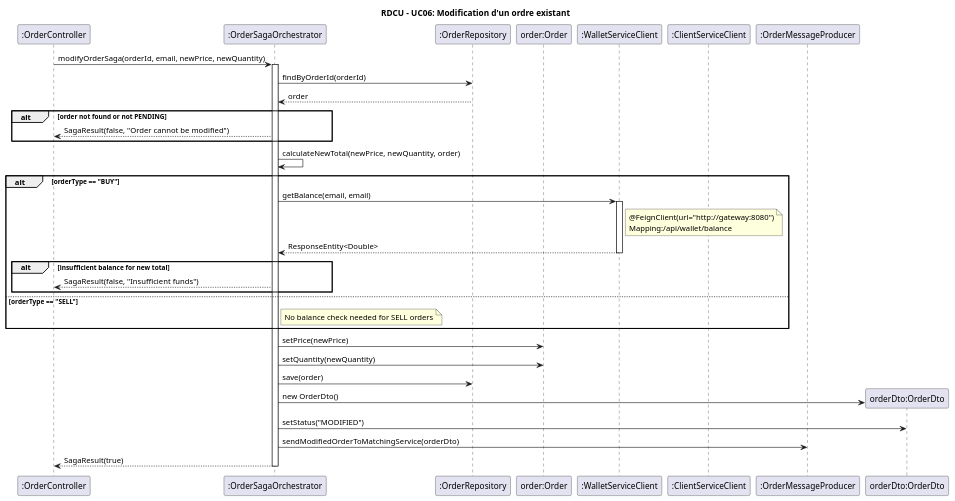
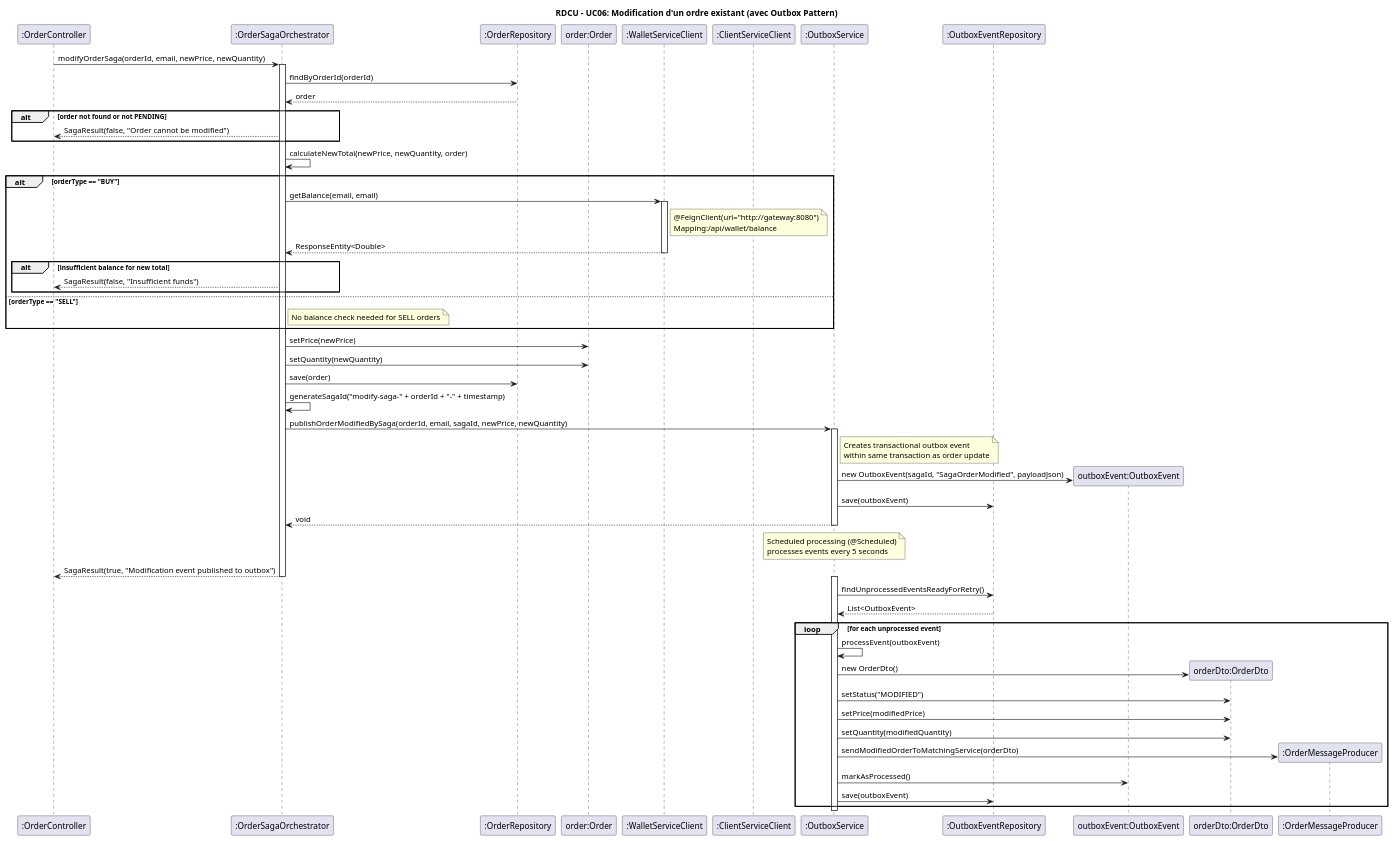
Before and after one commit to primika27/BrokerX-phase2-micorservices-: the diagram in docs/views/rdcu_uc06.puml, drawn with PlantUML. The commit also changed 6 other files, not shown here.

```diff
--- a/docs/views/rdcu_uc06.puml
+++ b/docs/views/rdcu_uc06.puml
@@ -1,54 +1,90 @@
 @startuml rdcu_uc06_modify
-title RDCU - UC06: Modification d'un ordre existant
+title RDCU - UC06: Modification d'un ordre existant (avec Outbox Pattern)
 
 participant ":OrderController" as Controller
 participant ":OrderSagaOrchestrator" as Saga
 participant ":OrderRepository" as OrderRepo
 participant "order:Order" as Order
 participant ":WalletServiceClient" as WalletClient
 participant ":ClientServiceClient" as ClientClient
-participant ":OrderMessageProducer" as Producer
+participant ":OutboxService" as OutboxService
+participant ":OutboxEventRepository" as OutboxRepo
 
 Controller -> Saga : modifyOrderSaga(orderId, email, newPrice, newQuantity)
 activate Saga
 
 Saga -> OrderRepo : findByOrderId(orderId)
 OrderRepo --> Saga : order
 
 alt order not found or not PENDING
     Saga --> Controller : SagaResult(false, "Order cannot be modified")
 end
 
 Saga -> Saga : calculateNewTotal(newPrice, newQuantity, order)
 
 alt orderType == "BUY"
     Saga -> WalletClient : getBalance(email, email)
     activate WalletClient
     note right of WalletClient
         @FeignClient(url="http://gateway:8080")
         Mapping:/api/wallet/balance
     end note
     WalletClient --> Saga : ResponseEntity<Double>
     deactivate WalletClient
     
     alt insufficient balance for new total
         Saga --> Controller : SagaResult(false, "Insufficient funds")
     end
 else orderType == "SELL"
     note right of Saga : No balance check needed for SELL orders
 end
 
 Saga -> Order : setPrice(newPrice)
 Saga -> Order : setQuantity(newQuantity)
 Saga -> OrderRepo : save(order)
 
-create participant "orderDto:OrderDto" as OrderDto
-Saga -> OrderDto : new OrderDto()
-Saga -> OrderDto : setStatus("MODIFIED")
+' Outbox Pattern Integration
+Saga -> Saga : generateSagaId("modify-saga-" + orderId + "-" + timestamp)
+Saga -> OutboxService : publishOrderModifiedBySaga(orderId, email, sagaId, newPrice, newQuantity)
+activate OutboxService
 
-Saga -> Producer : sendModifiedOrderToMatchingService(orderDto)
+note right of OutboxService : Creates transactional outbox event\nwithin same transaction as order update
 
-Saga --> Controller : SagaResult(true)
+create participant "outboxEvent:OutboxEvent" as OutboxEvent
+OutboxService -> OutboxEvent : new OutboxEvent(sagaId, "SagaOrderModified", payloadJson)
+OutboxService -> OutboxRepo : save(outboxEvent)
+OutboxService --> Saga : void
+deactivate OutboxService
+
+note over OutboxService
+    Scheduled processing (@Scheduled)
+    processes events every 5 seconds
+end note
+
+Saga --> Controller : SagaResult(true, "Modification event published to outbox")
 deactivate Saga
 
+' Asynchronous outbox processing (separate thread)
+activate OutboxService
+OutboxService -> OutboxRepo : findUnprocessedEventsReadyForRetry()
+OutboxRepo --> OutboxService : List<OutboxEvent>
+
+loop for each unprocessed event
+    OutboxService -> OutboxService : processEvent(outboxEvent)
+    
+    create participant "orderDto:OrderDto" as OrderDto
+    OutboxService -> OrderDto : new OrderDto()
+    OutboxService -> OrderDto : setStatus("MODIFIED")
+    OutboxService -> OrderDto : setPrice(modifiedPrice)
+    OutboxService -> OrderDto : setQuantity(modifiedQuantity)
+    
+    create participant ":OrderMessageProducer" as Producer
+    OutboxService -> Producer : sendModifiedOrderToMatchingService(orderDto)
+    
+    OutboxService -> OutboxEvent : markAsProcessed()
+    OutboxService -> OutboxRepo : save(outboxEvent)
+end
+
+deactivate OutboxService
+
 @enduml
```
